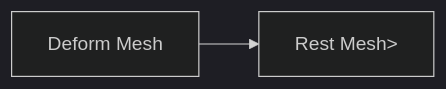
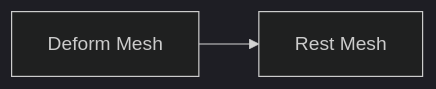
One commit to Inbibo/adonisfx_docs changed the diagram in docs/documentation/maya/edge_evaluator.md. Above: the diagram before and after it, drawn with Mermaid (dark theme). The commit also changed other lines of this file, not shown here.

````diff
--- a/docs/documentation/maya/edge_evaluator.md
+++ b/docs/documentation/maya/edge_evaluator.md
@@ -18,5 +18,5 @@
     ``` mermaid
     graph LR
       A["Deform Mesh"] --> B;
-      B["Rest Mesh">];
+      B["Rest Mesh"];
     ```
````
